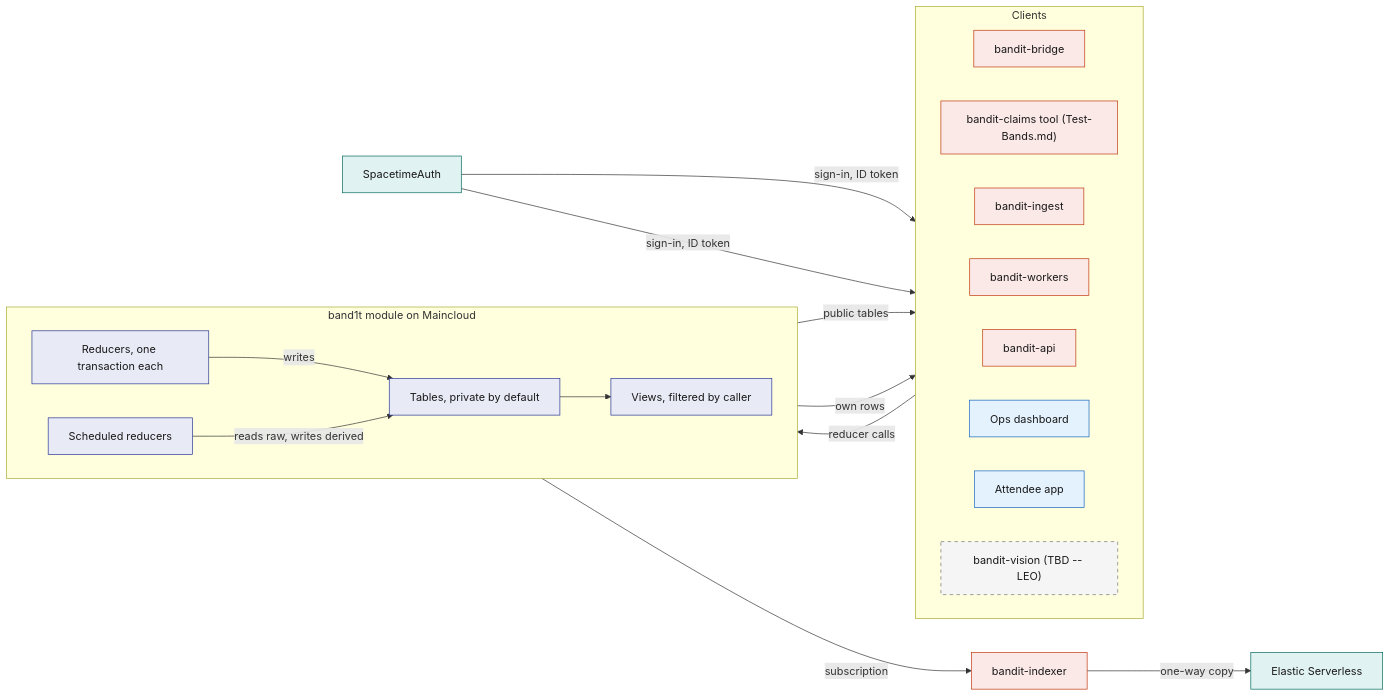
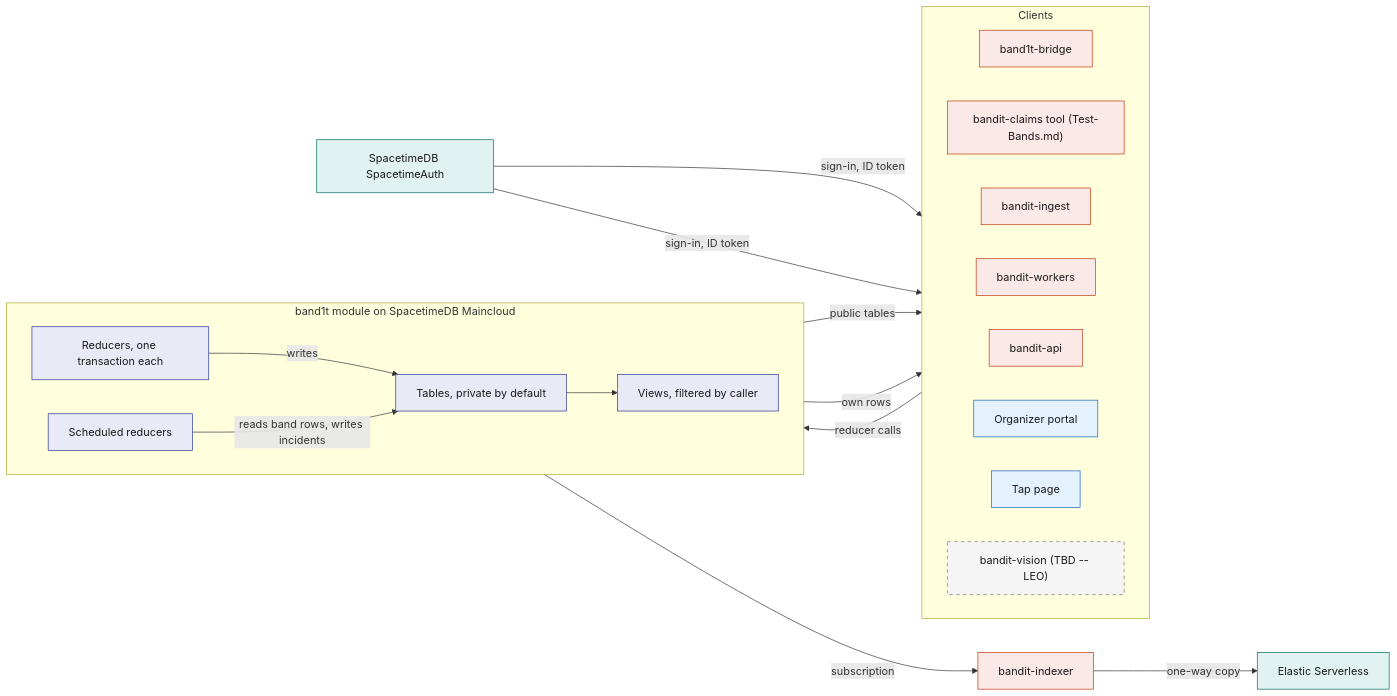
One commit to viktorinkov/cal-hacks-13 changed the first of 4 diagrams in System Design/2-data/SpacetimeDB.md. Above: the diagram before and after it, drawn with Mermaid. The commit also changed other lines of this file and 26 other files, not shown here.

````diff
--- a/System Design/2-data/SpacetimeDB.md
+++ b/System Design/2-data/SpacetimeDB.md
@@ -67,44 +73,44 @@
 ```mermaid
 flowchart LR
   subgraph clients ["Clients"]
     direction LR
-    BR["bandit-bridge"]
+    BR["band1t-bridge"]
     SIM["bandit-claims tool (Test-Bands.md)"]
     ING["bandit-ingest"]
     WRK["bandit-workers"]
     API["bandit-api"]
-    OPS["Ops dashboard"]
-    APP["Attendee app"]
+    PORTAL["Organizer portal"]
+    APP["Tap page"]
     VIS["bandit-vision (TBD -- LEO)"]
   end
-  subgraph module ["band1t module on Maincloud"]
+  subgraph module ["band1t module on SpacetimeDB Maincloud"]
     direction LR
     RED["Reducers, one transaction each"]
     SCH["Scheduled reducers"]
     TAB["Tables, private by default"]
     VIEW["Views, filtered by caller"]
   end
   IDX["bandit-indexer"]
   EL["Elastic Serverless"]
-  AUTH["SpacetimeAuth"]
-  AUTH -->|"sign-in, ID token"| OPS
+  AUTH["SpacetimeDB SpacetimeAuth"]
+  AUTH -->|"sign-in, ID token"| PORTAL
   AUTH -->|"sign-in, ID token"| APP
   clients -->|"reducer calls"| RED
   RED -->|"writes"| TAB
-  SCH -->|"reads raw, writes derived"| TAB
+  SCH -->|"reads band rows, writes incidents"| TAB
   TAB --> VIEW
   TAB -->|"public tables"| clients
   VIEW -->|"own rows"| clients
   TAB -->|"subscription"| IDX
   IDX -->|"one-way copy"| EL
   classDef rust fill:#FBE9E7,stroke:#BF360C,color:#1A1A1A
   classDef stdb fill:#E8EAF6,stroke:#283593,color:#1A1A1A
   classDef web fill:#E3F2FD,stroke:#1565C0,color:#1A1A1A
   classDef ext fill:#E0F2F1,stroke:#00695C,color:#1A1A1A
   classDef tbd fill:#F5F5F5,stroke:#757575,color:#1A1A1A,stroke-dasharray:5 5
   class BR,SIM,ING,WRK,API,IDX rust
   class RED,SCH,TAB,VIEW stdb
-  class OPS,APP web
+  class PORTAL,APP web
   class EL,AUTH ext
   class VIS tbd
 ```
````
